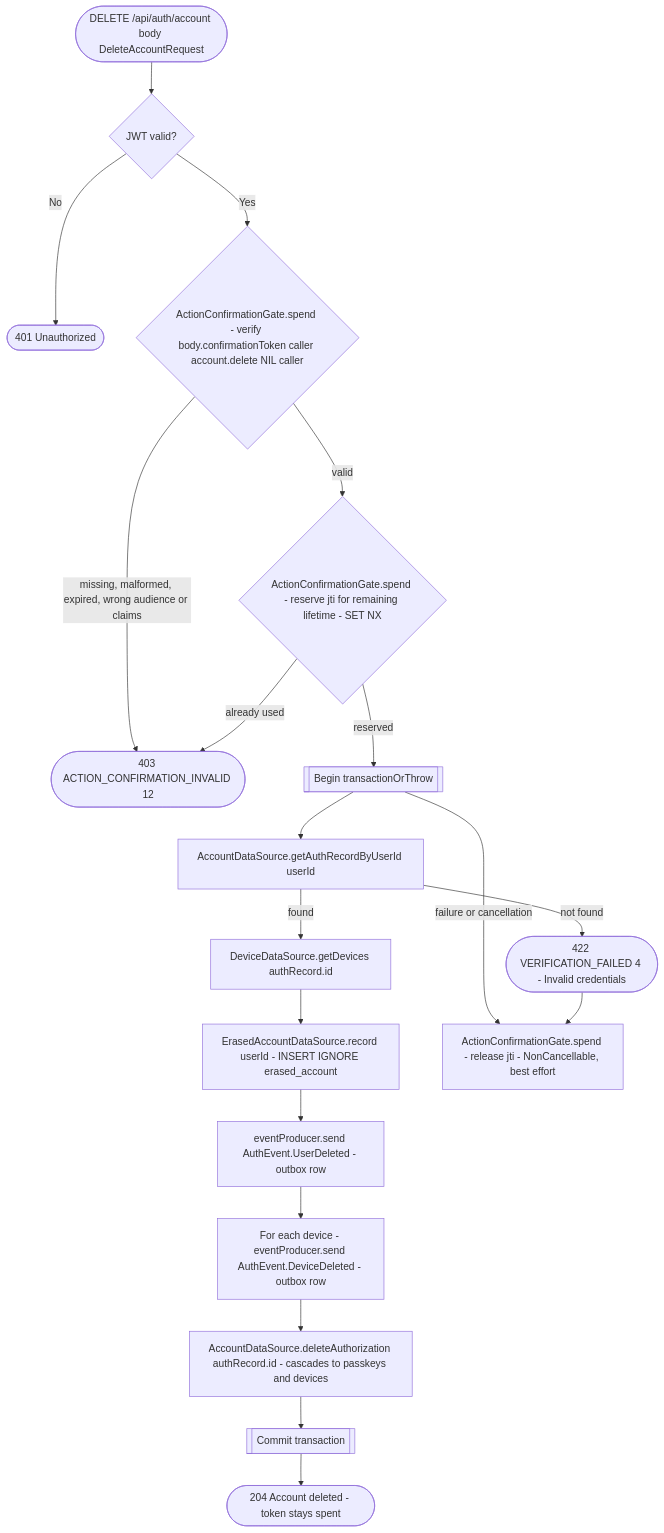
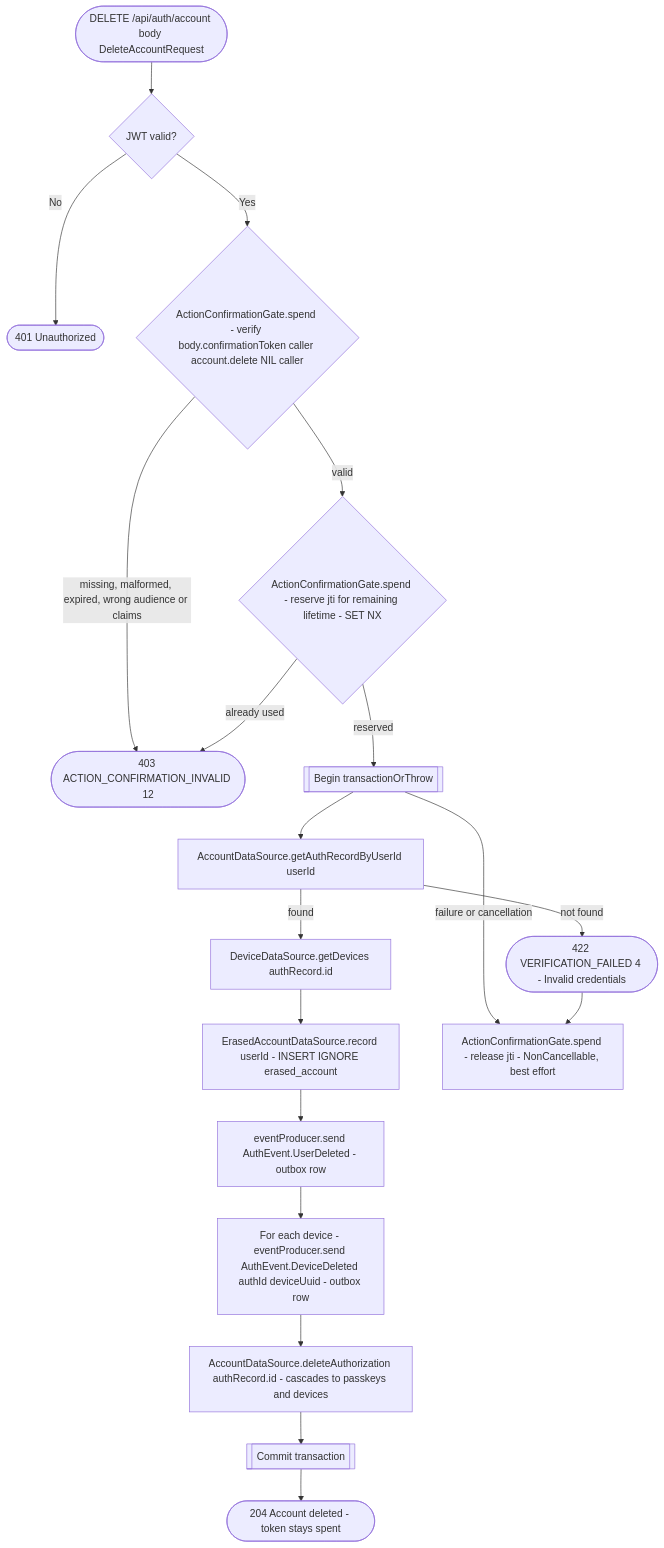
Before and after one commit to nocturneproperties/bookkme: the diagram in docs/operations/authorization/delete-account.md, drawn with Mermaid. The commit also changed other lines of this file and 51 other files, not shown here.

````diff
--- a/docs/operations/authorization/delete-account.md
+++ b/docs/operations/authorization/delete-account.md
@@ -31,21 +31,21 @@
 ```mermaid
 flowchart TD
     Start([DELETE /api/auth/account body DeleteAccountRequest]) --> Auth{JWT valid?}
     Auth -- No --> R401([401 Unauthorized])
     Auth -- Yes --> ActionConfirmation{"ActionConfirmationGate.spend - verify body.confirmationToken caller account.delete NIL caller"}
     ActionConfirmation -- missing, malformed, expired, wrong audience or claims --> R403([403 ACTION_CONFIRMATION_INVALID 12])
     ActionConfirmation -- valid --> Reserve{"ActionConfirmationGate.spend - reserve jti for remaining lifetime - SET NX"}
     Reserve -- already used --> R403
     Reserve -- reserved --> Tx[[Begin transactionOrThrow]]
     Tx --> GetAuth[AccountDataSource.getAuthRecordByUserId userId]
     GetAuth -- not found --> R422([422 VERIFICATION_FAILED 4 - Invalid credentials])
     GetAuth -- found --> GetDevices[DeviceDataSource.getDevices authRecord.id]
     GetDevices --> Record["ErasedAccountDataSource.record userId - INSERT IGNORE erased_account"]
     Record --> UserDeletedEvt["eventProducer.send AuthEvent.UserDeleted - outbox row"]
-    UserDeletedEvt --> DeviceLoop["For each device - eventProducer.send AuthEvent.DeviceDeleted - outbox row"]
+    UserDeletedEvt --> DeviceLoop["For each device - eventProducer.send AuthEvent.DeviceDeleted authId deviceUuid - outbox row"]
     DeviceLoop --> DeleteAuth["AccountDataSource.deleteAuthorization authRecord.id - cascades to passkeys and devices"]
     DeleteAuth --> Commit[[Commit transaction]]
     Commit --> R204([204 Account deleted - token stays spent])
     Tx -- failure or cancellation --> Release["ActionConfirmationGate.spend - release jti - NonCancellable, best effort"]
     R422 --> Release
 ```
````
